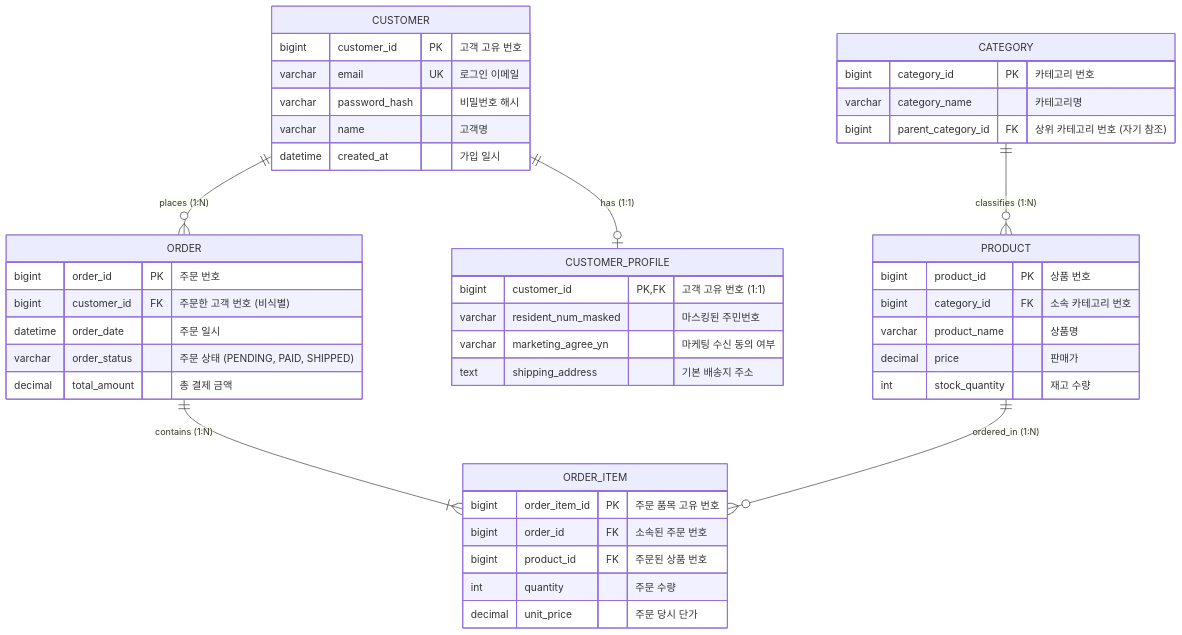
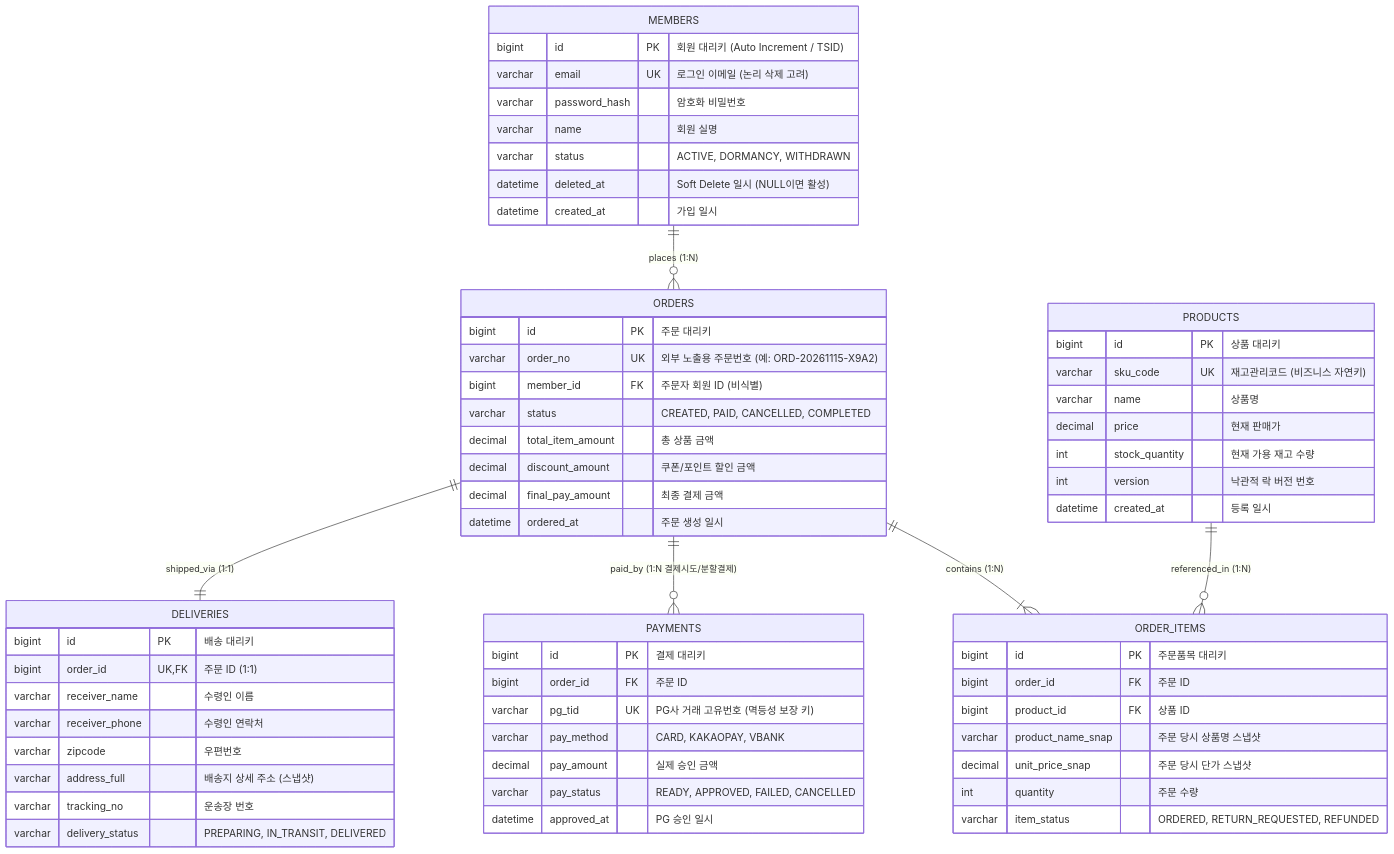
One commit to keimania/tech-notes changed diagram 11 of 37 in 07_데이터베이스_기술.md. Above: the diagram before and after it, drawn with Mermaid. The commit also changed other lines of this file and 12 other files, not shown here.

````diff
--- a/07_데이터베이스_기술.md
+++ b/07_데이터베이스_기술.md
@@ -334,53 +389,70 @@
 ```mermaid
 erDiagram
-    CUSTOMER ||--o{ ORDER : "places (1:N)"
-    ORDER ||--|{ ORDER_ITEM : "contains (1:N)"
-    PRODUCT ||--o{ ORDER_ITEM : "ordered_in (1:N)"
-    CATEGORY ||--o{ PRODUCT : "classifies (1:N)"
-    CUSTOMER ||--o| CUSTOMER_PROFILE : "has (1:1)"
+    MEMBERS ||--o{ ORDERS : "places (1:N)"
+    ORDERS ||--|{ ORDER_ITEMS : "contains (1:N)"
+    PRODUCTS ||--o{ ORDER_ITEMS : "referenced_in (1:N)"
+    ORDERS ||--o{ PAYMENTS : "paid_by (1:N 결제시도/분할결제)"
+    ORDERS ||--|| DELIVERIES : "shipped_via (1:1)"
 
-    CUSTOMER {
-        bigint customer_id PK "고객 고유 번호"
-        varchar email UK "로그인 이메일"
-        varchar password_hash "비밀번호 해시"
-        varchar name "고객명"
+    MEMBERS {
+        bigint id PK "회원 대리키 (Auto Increment / TSID)"
+        varchar email UK "로그인 이메일 (논리 삭제 고려)"
+        varchar password_hash "암호화 비밀번호"
+        varchar name "회원 실명"
+        varchar status "ACTIVE, DORMANCY, WITHDRAWN"
+        datetime deleted_at "Soft Delete 일시 (NULL이면 활성)"
         datetime created_at "가입 일시"
     }
 
-    CUSTOMER_PROFILE {
-        bigint customer_id PK, FK "고객 고유 번호 (1:1)"
-        varchar resident_num_masked "마스킹된 주민번호"
-        varchar marketing_agree_yn "마케팅 수신 동의 여부"
-        text shipping_address "기본 배송지 주소"
+    PRODUCTS {
+        bigint id PK "상품 대리키"
+        varchar sku_code UK "재고관리코드 (비즈니스 자연키)"
+        varchar name "상품명"
+        decimal price "현재 판매가"
+        int stock_quantity "현재 가용 재고 수량"
+        int version "낙관적 락 버전 번호"
+        datetime created_at "등록 일시"
     }
 
-    ORDER {
-        bigint order_id PK "주문 번호"
-        bigint customer_id FK "주문한 고객 번호 (비식별)"
-        datetime order_date "주문 일시"
-        varchar order_status "주문 상태 (PENDING, PAID, SHIPPED)"
-        decimal total_amount "총 결제 금액"
+    ORDERS {
+        bigint id PK "주문 대리키"
+        varchar order_no UK "외부 노출용 주문번호 (예: ORD-20261115-X9A2)"
+        bigint member_id FK "주문자 회원 ID (비식별)"
+        varchar status "CREATED, PAID, CANCELLED, COMPLETED"
+        decimal total_item_amount "총 상품 금액"
+        decimal discount_amount "쿠폰/포인트 할인 금액"
+        decimal final_pay_amount "최종 결제 금액"
+        datetime ordered_at "주문 생성 일시"
     }
 
-    ORDER_ITEM {
-        bigint order_item_id PK "주문 품목 고유 번호"
-        bigint order_id FK "소속된 주문 번호"
-        bigint product_id FK "주문된 상품 번호"
+    ORDER_ITEMS {
+        bigint id PK "주문품목 대리키"
+        bigint order_id FK "주문 ID"
+        bigint product_id FK "상품 ID"
+        varchar product_name_snap "주문 당시 상품명 스냅샷"
+        decimal unit_price_snap "주문 당시 단가 스냅샷"
         int quantity "주문 수량"
-        decimal unit_price "주문 당시 단가"
+        varchar item_status "ORDERED, RETURN_REQUESTED, REFUNDED"
     }
 
-    PRODUCT {
-        bigint product_id PK "상품 번호"
-        bigint category_id FK "소속 카테고리 번호"
-        varchar product_name "상품명"
-        decimal price "판매가"
-        int stock_quantity "재고 수량"
+    PAYMENTS {
+        bigint id PK "결제 대리키"
+        bigint order_id FK "주문 ID"
+        varchar pg_tid UK "PG사 거래 고유번호 (멱등성 보장 키)"
+        varchar pay_method "CARD, KAKAOPAY, VBANK"
+        decimal pay_amount "실제 승인 금액"
+        varchar pay_status "READY, APPROVED, FAILED, CANCELLED"
+        datetime approved_at "PG 승인 일시"
     }
 
-    CATEGORY {
-        bigint category_id PK "카테고리 번호"
-        varchar category_name "카테고리명"
-        bigint parent_category_id FK "상위 카테고리 번호 (자기 참조)"
+    DELIVERIES {
+        bigint id PK "배송 대리키"
+        bigint order_id UK, FK "주문 ID (1:1)"
+        varchar receiver_name "수령인 이름"
+        varchar receiver_phone "수령인 연락처"
+        varchar zipcode "우편번호"
+        varchar address_full "배송지 상세 주소 (스냅샷)"
+        varchar tracking_no "운송장 번호"
+        varchar delivery_status "PREPARING, IN_TRANSIT, DELIVERED"
     }
 ```
````
